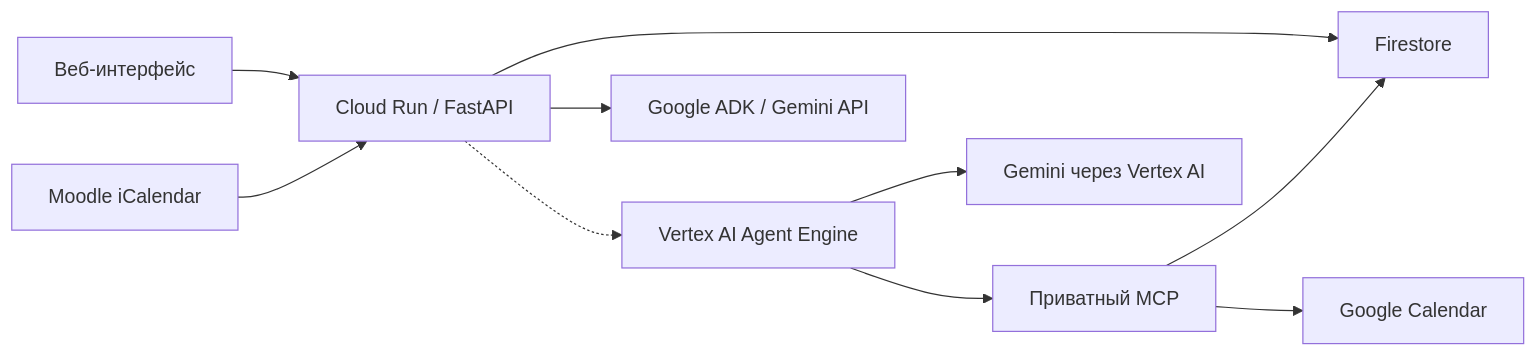
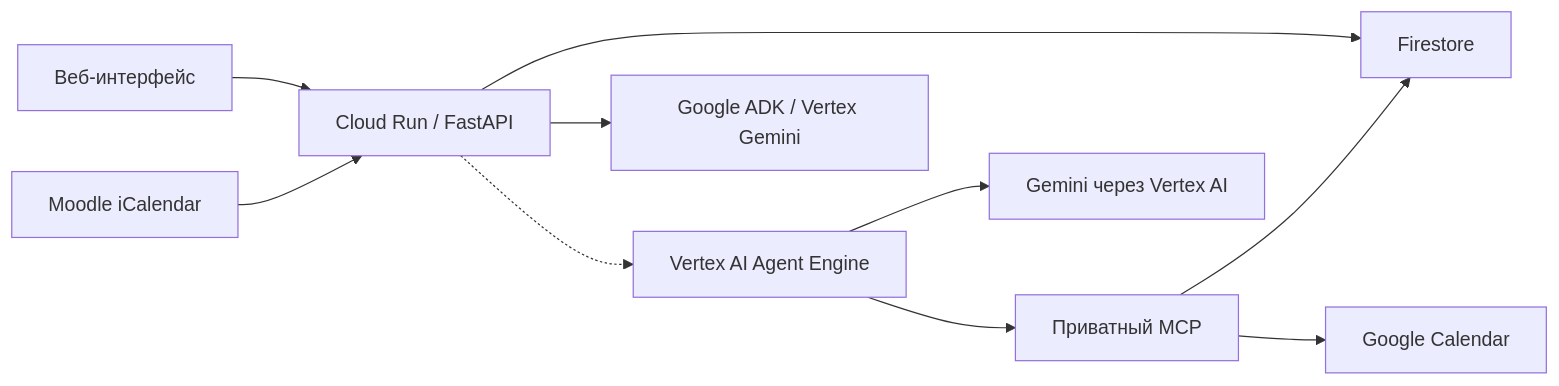
Before and after one commit to anuarmaksut711-dotcom/google_hack: the diagram in README.md, drawn with Mermaid. The commit also changed other lines of this file and 32 other files, not shown here.

````diff
--- a/README.md
+++ b/README.md
@@ -39,12 +42,12 @@
 ```mermaid
 flowchart LR
     Browser[Веб-интерфейс] --> Backend[Cloud Run / FastAPI]
     Moodle[Moodle iCalendar] --> Backend
     Backend --> Store[Firestore]
-    Backend --> Chat[Google ADK / Gemini API]
+    Backend --> Chat[Google ADK / Vertex Gemini]
     Backend -.-> Engine[Vertex AI Agent Engine]
     Engine --> Vertex[Gemini через Vertex AI]
     Engine --> MCP[Приватный MCP]
     MCP --> Store
     MCP --> Calendar[Google Calendar]
 ```
````
